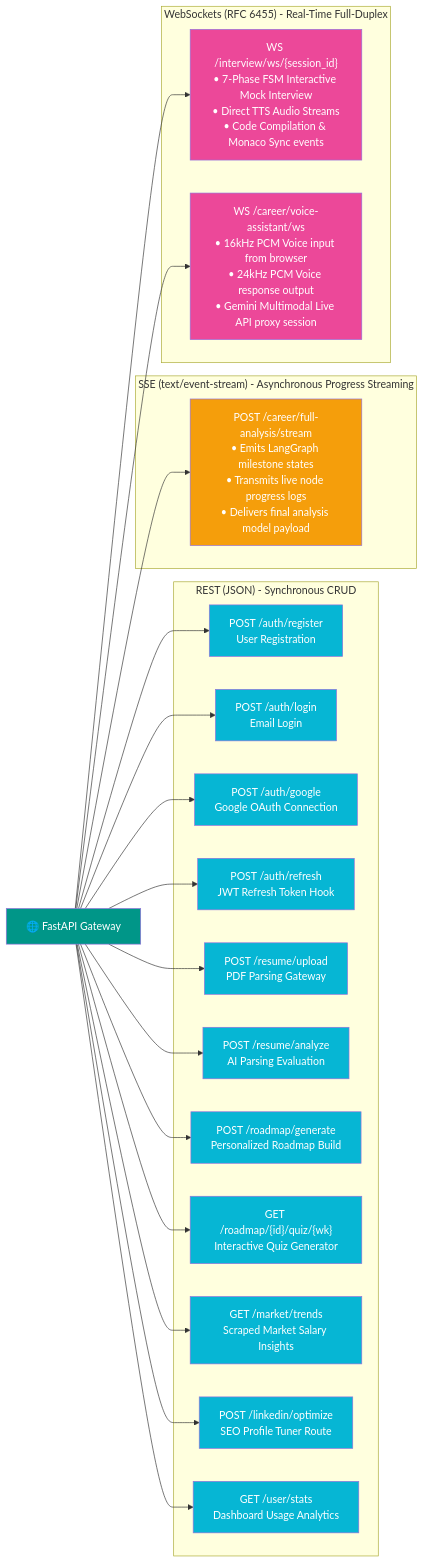
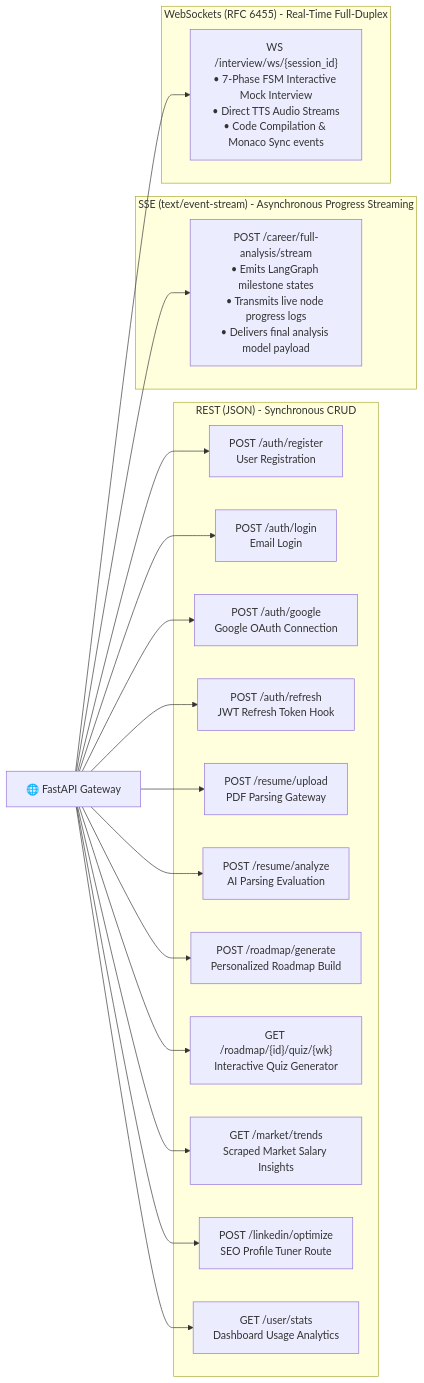
The second of 33 diagrams in documentation/ARCHITECTURE.md (Anil-Pradhan-web/ai-career-mentor), drawn with Mermaid before and after one commit. The commit also changed other lines of this file, not shown here.

Commit message:
docs: update ARCHITECTURE.md Section 1 with GFM Mermaid syntax, 3 LLMs (Groq, Cerebras, OpenRouter), and clean pipeline diagram

````diff
--- a/documentation/ARCHITECTURE.md
+++ b/documentation/ARCHITECTURE.md
@@ -122,38 +108,28 @@
 ```mermaid
 graph LR
-    classDef rest fill:#06b6d4,color:#fff
-    classDef sse fill:#f59e0b,color:#fff
-    classDef ws fill:#ec4899,color:#fff
-
     subgraph "REST (JSON) - Synchronous CRUD"
         R1["POST /auth/register<br/>User Registration"]
         R2["POST /auth/login<br/>Email Login"]
         R3["POST /auth/google<br/>Google OAuth Connection"]
         R4["POST /auth/refresh<br/>JWT Refresh Token Hook"]
         R5["POST /resume/upload<br/>PDF Parsing Gateway"]
         R6["POST /resume/analyze<br/>AI Parsing Evaluation"]
         R7["POST /roadmap/generate<br/>Personalized Roadmap Build"]
         R7_Q["GET /roadmap/{id}/quiz/{wk}<br/>Interactive Quiz Generator"]
         R8["GET /market/trends<br/>Scraped Market Salary Insights"]
         R9["POST /linkedin/optimize<br/>SEO Profile Tuner Route"]
         R10["GET /user/stats<br/>Dashboard Usage Analytics"]
     end
 
     subgraph "SSE (text/event-stream) - Asynchronous Progress Streaming"
         S1["POST /career/full-analysis/stream<br/>• Emits LangGraph milestone states<br/>• Transmits live node progress logs<br/>• Delivers final analysis model payload"]
     end
 
     subgraph "WebSockets (RFC 6455) - Real-Time Full-Duplex"
         W1["WS /interview/ws/{session_id}<br/>• 7-Phase FSM Interactive Mock Interview<br/>• Direct TTS Audio Streams<br/>• Code Compilation & Monaco Sync events"]
-        W2["WS /career/voice-assistant/ws<br/>• 16kHz PCM Voice input from browser<br/>• 24kHz PCM Voice response output<br/>• Gemini Multimodal Live API proxy session"]
     end
 
     API["🌐 FastAPI Gateway"] --> R1 & R2 & R3 & R4 & R5 & R6 & R7 & R7_Q & R8 & R9 & R10
     API --> S1
-    API --> W1 & W2
-
-    style API fill:#009688,color:#fff
-    class R1,R2,R3,R4,R5,R6,R7,R7_Q,R8,R9,R10 rest
-    class S1 sse
-    class W1,W2 ws
+    API --> W1
 ```
````
